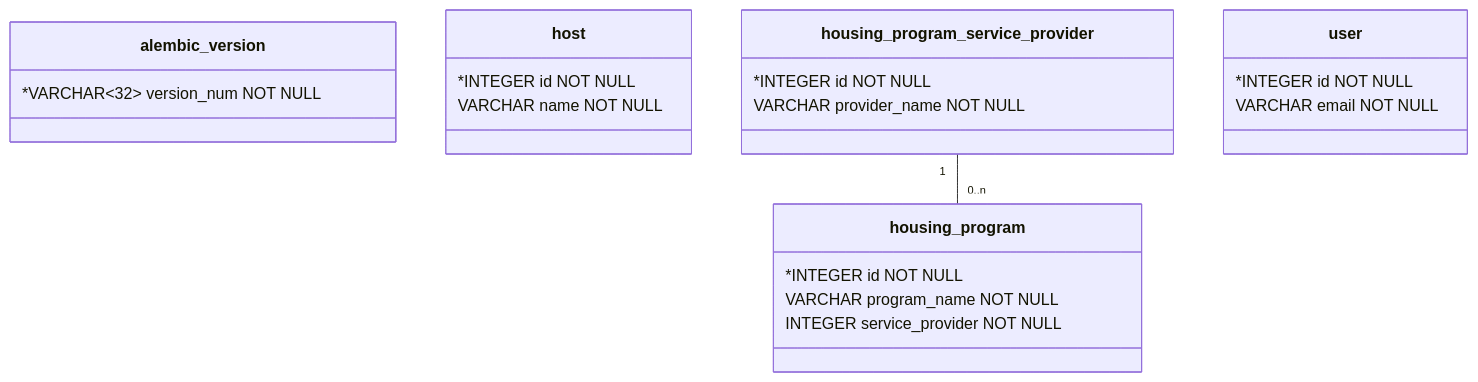
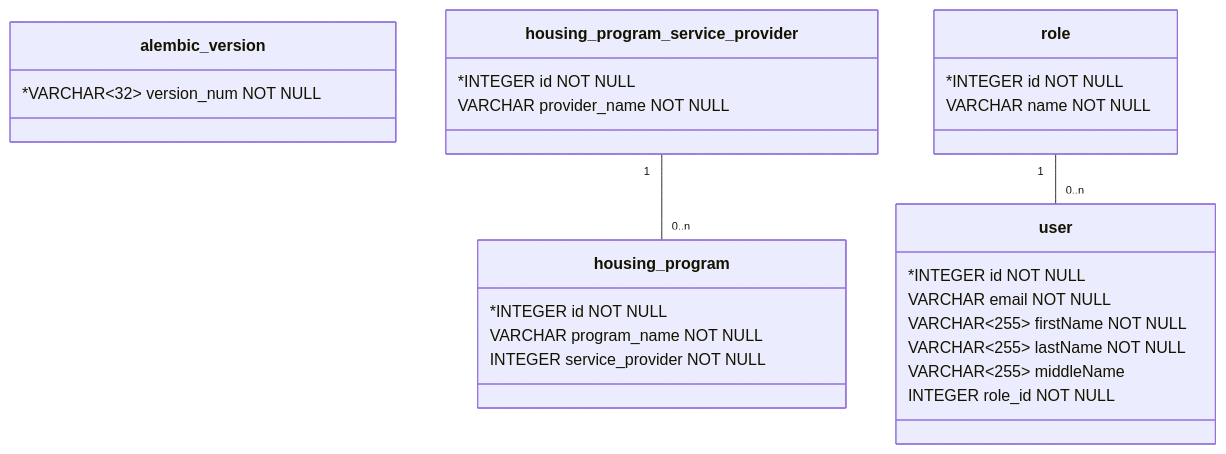
Before and after one commit to hackforla/HomeUniteUs: the diagram in api/openapi_server/models/README.md, drawn with Mermaid. The commit also changed other lines of this file and 3 other files, not shown here.

Commit message:
Update data model diagram and add instructions on how to update the data model.

````diff
--- a/api/openapi_server/models/README.md
+++ b/api/openapi_server/models/README.md
@@ -3,24 +3,29 @@
 ```mermaid
 classDiagram
 class alembic_version{
    *VARCHAR<32> version_num NOT NULL
-}
-class host{
-   *INTEGER id NOT NULL
-   VARCHAR name NOT NULL
 }
 class housing_program{
    *INTEGER id NOT NULL
    VARCHAR program_name NOT NULL
    INTEGER service_provider NOT NULL
 }
 class housing_program_service_provider{
    *INTEGER id NOT NULL
    VARCHAR provider_name NOT NULL
 }
+class role{
+   *INTEGER id NOT NULL
+   VARCHAR name NOT NULL
+}
 class user{
    *INTEGER id NOT NULL
    VARCHAR email NOT NULL
+   VARCHAR<255> firstName NOT NULL
+   VARCHAR<255> lastName NOT NULL
+   VARCHAR<255> middleName
+   INTEGER role_id NOT NULL
 }
 housing_program_service_provider "1" -- "0..n" housing_program
+role "1" -- "0..n" user
 ```
````
